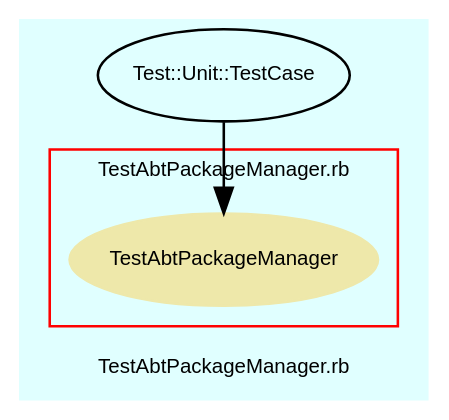
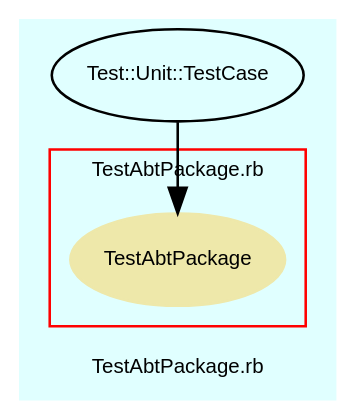
The diagram in src/trunk/doc/dot/f_12.dot (eschabell/abtlinux), drawn with Graphviz before and after one commit. The commit also changed 62 other files, not shown here.

```diff
--- a/src/trunk/doc/dot/f_12.dot
+++ b/src/trunk/doc/dot/f_12.dot
@@ -1,37 +1,37 @@
 digraph TopLevel {
     compound = true
     bgcolor = lightcyan1
     fontname = Arial
     fontsize = 8
-    label = "TestAbtPackageManager.rb"
+    label = "TestAbtPackage.rb"
     node [
         fontname = Arial,
         fontsize = 8,
         color = black
     ]
 
     subgraph cluster_13 {
         fontname = Arial
         color = red
-        label = "TestAbtPackageManager.rb"
-        TestAbtPackageManager [
+        label = "TestAbtPackage.rb"
+        TestAbtPackage [
             fontcolor = black,
-            URL = "classes/TestAbtPackageManager.html",
+            URL = "classes/TestAbtPackage.html",
             shape = ellipse,
             color = palegoldenrod,
             style = filled,
-            label = "TestAbtPackageManager"
+            label = "TestAbtPackage"
         ]
 
     }
 
     Test__Unit__TestCase [
         URL = "classes/Test/Unit/TestCase.html",
         label = "Test::Unit::TestCase"
     ]
 
-    Test__Unit__TestCase -> TestAbtPackageManager [
+    Test__Unit__TestCase -> TestAbtPackage [
 
     ]
 
 }
```
